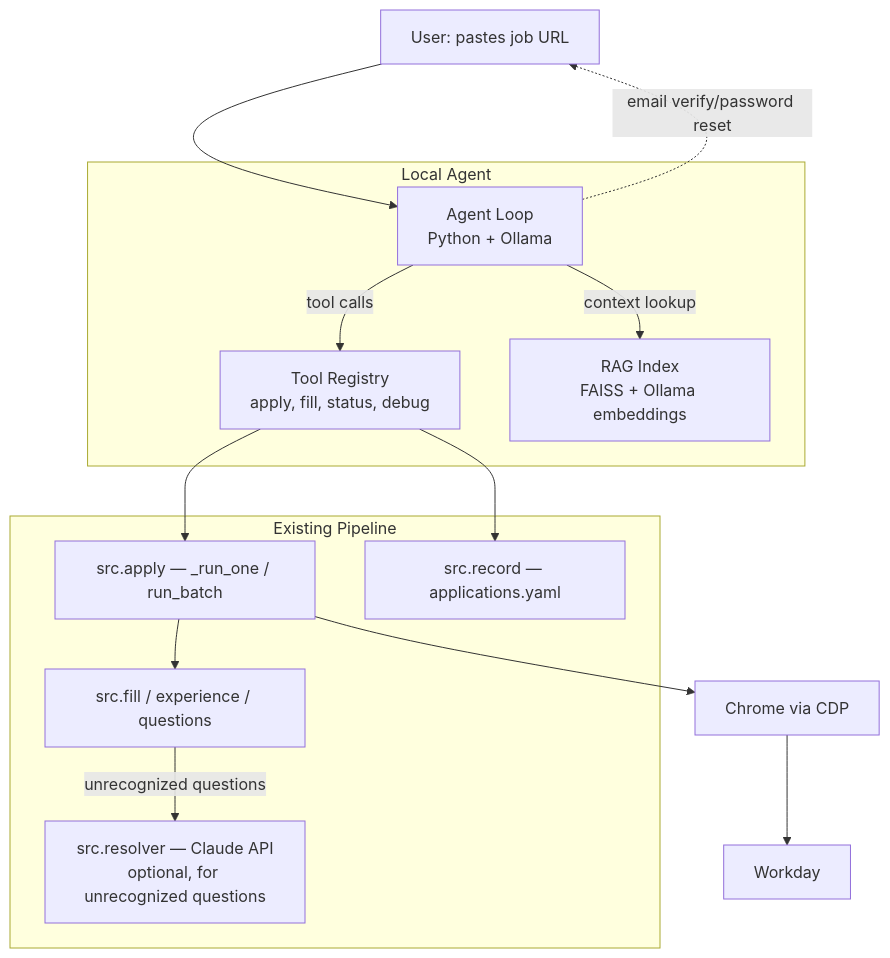
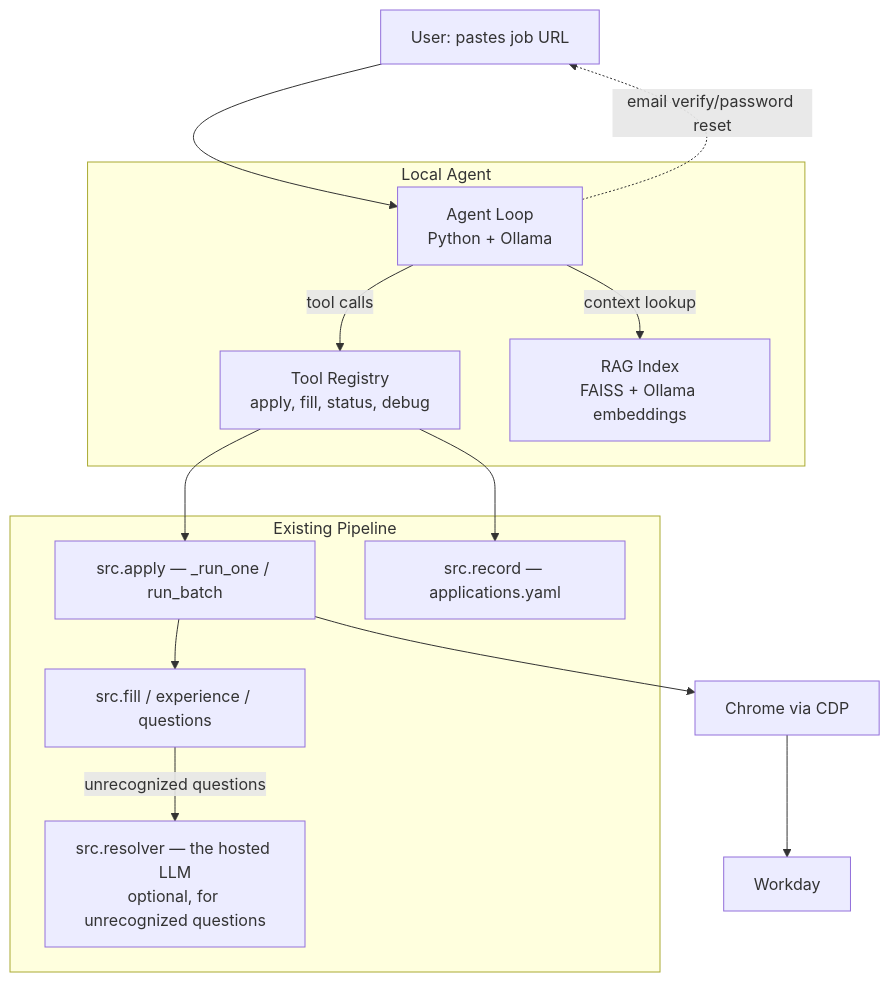
One commit to Sambhav101/workday-autofill changed the second of 2 diagrams in DESIGN.md. Above: the diagram before and after it, drawn with Mermaid. The commit also changed other lines of this file and 1 other file, not shown here.

Commit message:
docs: rewrite README (why/how/privacy) + genericize LLM references; drop CLAUDE.md

````diff
--- a/DESIGN.md
+++ b/DESIGN.md
@@ -189,28 +189,28 @@
 ```mermaid
 flowchart TD
     USER[User: pastes job URL] --> AGENT
 
     subgraph Local Agent
       AGENT[Agent Loop<br/>Python + Ollama]
       TOOLS[Tool Registry<br/>apply, fill, status, debug]
       RAG[RAG Index<br/>FAISS + Ollama embeddings]
       AGENT -->|tool calls| TOOLS
       AGENT -->|context lookup| RAG
     end
 
     subgraph Existing Pipeline
       APPLY[src.apply — _run_one / run_batch]
       FILL[src.fill / experience / questions]
       RECORD[src.record — applications.yaml]
-      RESOLVER[src.resolver — Claude API<br/>optional, for unrecognized questions]
+      RESOLVER[src.resolver — the hosted LLM<br/>optional, for unrecognized questions]
     end
 
     TOOLS --> APPLY
     TOOLS --> RECORD
     APPLY --> FILL
     FILL -->|unrecognized questions| RESOLVER
     APPLY --> BROWSER[Chrome via CDP]
     BROWSER --> WD[Workday]
 
     AGENT -.->|email verify/password reset| USER
 ```
````
